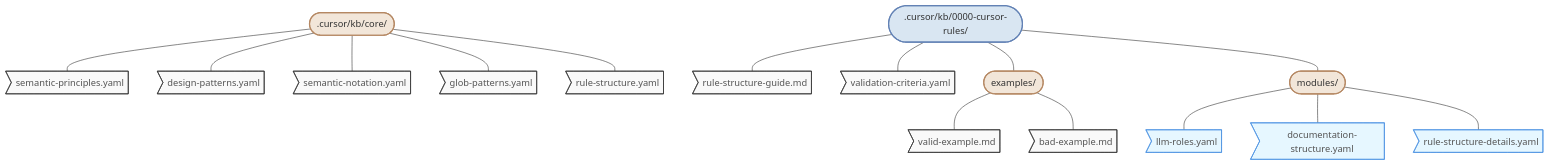
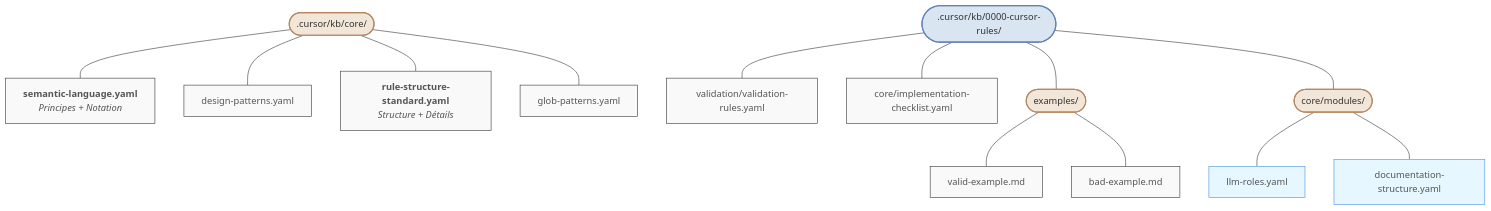
Before and after one commit to giak/cursor-rules-agile-workflow: the second of 10 diagrams in .cursor/documentation/0000-cursor-rules-documentation.md, drawn with Mermaid. The commit also changed other lines of this file and 22 other files, not shown here.

````diff
--- a/.cursor/documentation/0000-cursor-rules-documentation.md
+++ b/.cursor/documentation/0000-cursor-rules-documentation.md
@@ -93,31 +93,32 @@
 ```mermaid
 flowchart TD
-    %% Définition du graphe principal
-    CORE([".cursor/kb/core/"]) --- SP>semantic-principles.yaml]
-    CORE --- DP>design-patterns.yaml]
-    CORE --- SN>semantic-notation.yaml]
-    CORE --- GP>glob-patterns.yaml]
-    CORE --- RS>rule-structure.yaml]
+    %% Définition du graphe principal - MISE A JOUR V4
+    CORE([".cursor/kb/core/"]) --- SL["<b>semantic-language.yaml</b><br><i>Principes + Notation</i>"]
+    CORE --- DP["design-patterns.yaml"]
+    CORE --- RSS["<b>rule-structure-standard.yaml</b><br><i>Structure + Détails</i>"]
+    CORE --- GP["glob-patterns.yaml"]
 
-    R0([".cursor/kb/0000-cursor-rules/"]) --- RSG>rule-structure-guide.md]
-    R0 --- VC>validation-criteria.yaml]
+    R0([".cursor/kb/0000-cursor-rules/"]) --- VC["validation/validation-rules.yaml"]
+    R0 --- ICL["core/implementation-checklist.yaml"]
+    %% Ajouté pour clarté %%
     R0 --- EX([examples/])
-    EX --- VE>valid-example.md]
-    EX --- IE>bad-example.md]
+    EX --- VE["valid-example.md"]
+    EX --- IE["bad-example.md"]
 
-    R0 --- MOD([modules/])
-    MOD --- LR>llm-roles.yaml]
-    MOD --- DS>documentation-structure.yaml]
-    MOD --- RSD>rule-structure-details.yaml]
+    R0 --- MOD([core/modules/])
+    %% Chemin mis à jour %%
+    MOD --- LR["llm-roles.yaml"]
+    MOD --- DS["documentation-structure.yaml"]
+    %% MOD --- RSD>rule-structure-details.yaml] -- Supprimé --
 
     %% Styles améliorés
     classDef coredir fill:#f2e6d9,stroke:#b58863,stroke-width:2px,color:#333
     classDef ruledir fill:#d9e6f2,stroke:#6382b5,stroke-width:2px,color:#333
     classDef file fill:#f9f9f9,stroke:#333,stroke-width:1px,color:#555
     classDef module fill:#e6f7ff,stroke:#4a90e2,stroke-width:1px,color:#555
 
     class CORE,EX,MOD coredir
     class R0 ruledir
-    class SP,DP,SN,GP,RS,RSG,VC,VE,IE file
-    class LR,DS,RSD module
+    class SL,RSS,DP,GP,VC,ICL,VE,IE file
+    class LR,DS module
 ```
````
